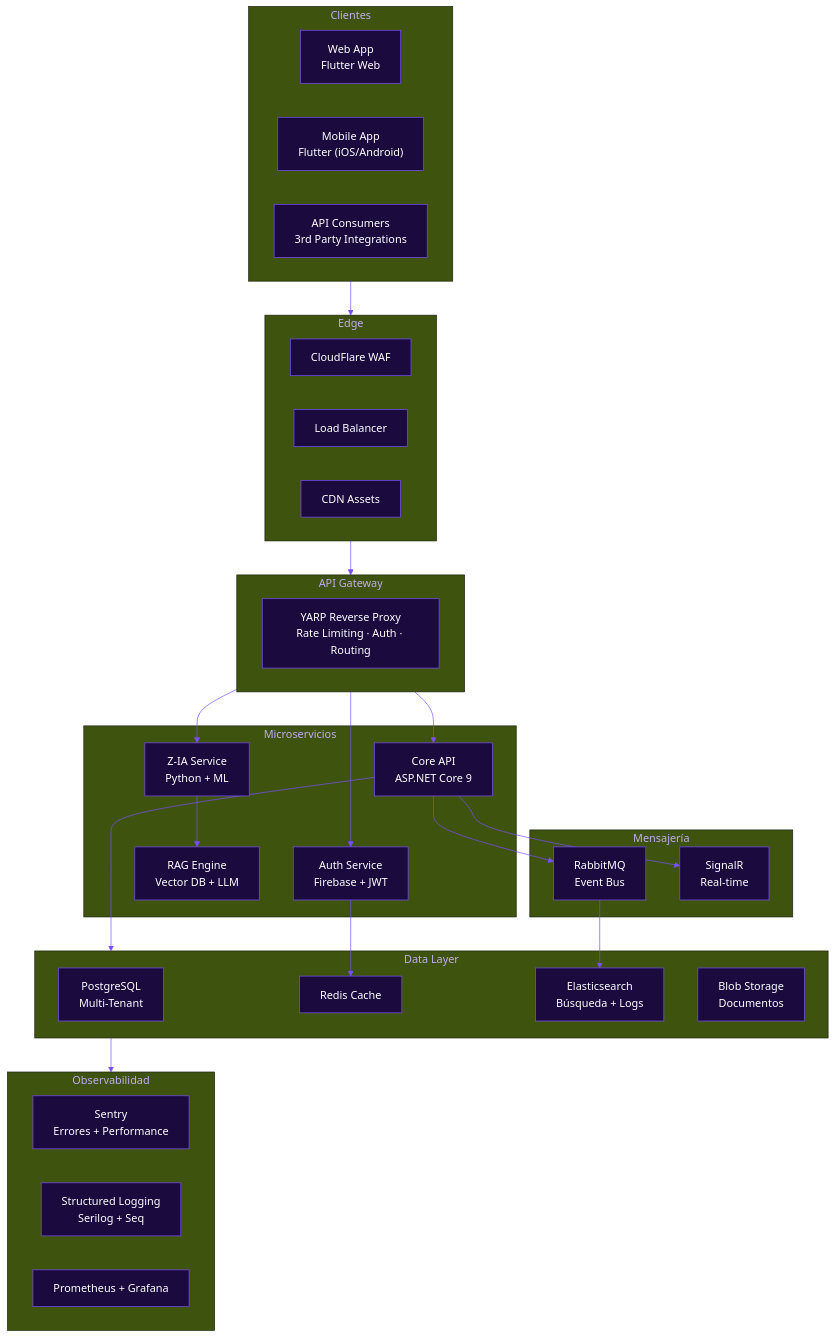
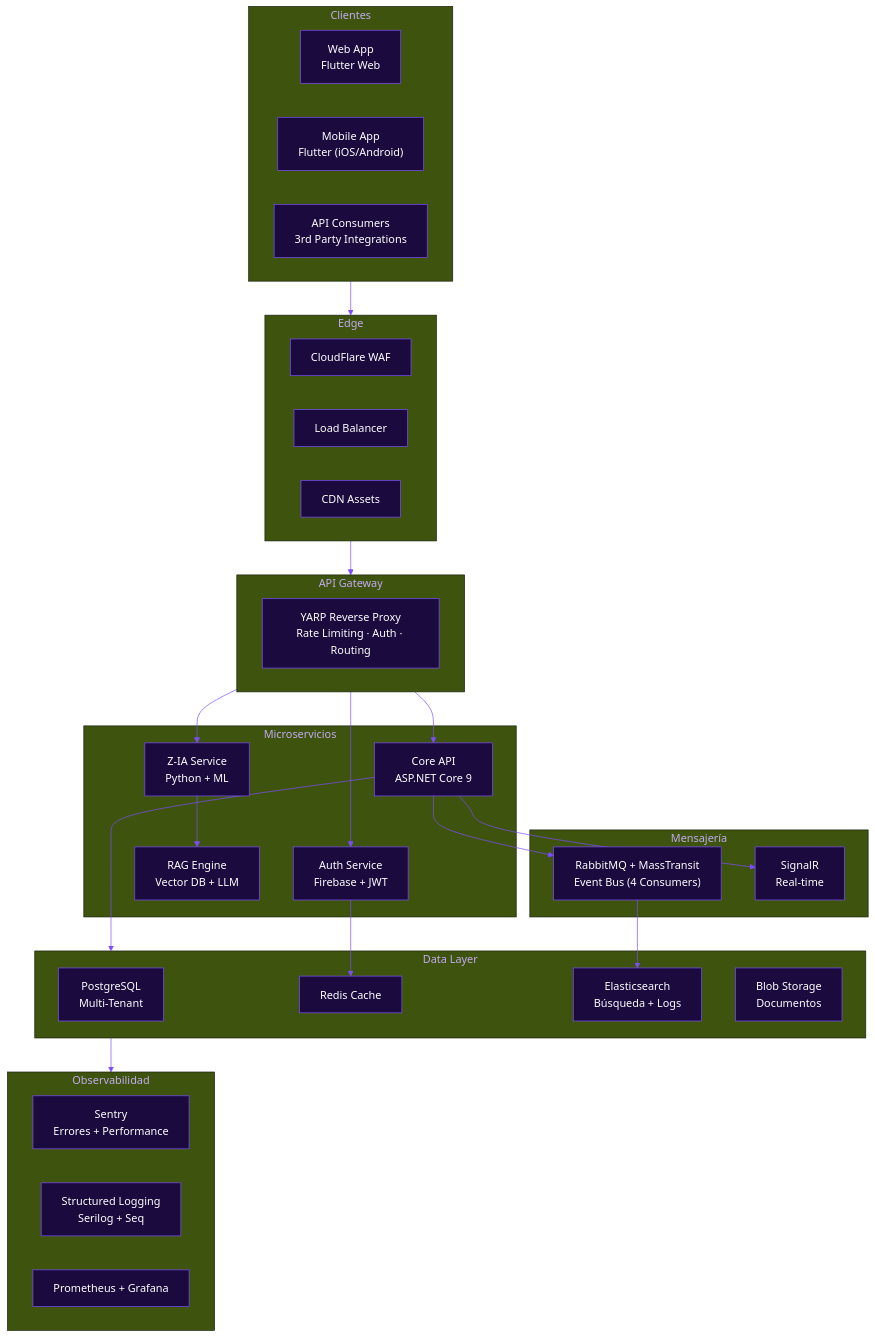
Before and after one commit to AllSystem23/zorvian: the third of 3 diagrams in docs/PRESENTACION_EJECUTIVA.md, drawn with Mermaid. The commit also changed other lines of this file and 52 other files, not shown here.

````diff
--- a/docs/PRESENTACION_EJECUTIVA.md
+++ b/docs/PRESENTACION_EJECUTIVA.md
@@ -208,58 +208,58 @@
 ```mermaid
 %%{init: {'theme': 'base', 'themeVariables': { 'primaryColor': '#1A0A3E', 'primaryTextColor': '#fff', 'primaryBorderColor': '#7C4DFF', 'lineColor': '#7C4DFF'}}}%%
 
 graph TB
     subgraph Client["Clientes"]
         WEB["Web App<br/>Flutter Web"]
         MOBILE["Mobile App<br/>Flutter (iOS/Android)"]
         API_C["API Consumers<br/>3rd Party Integrations"]
     end
 
     subgraph Edge["Edge"]
         WAF["CloudFlare WAF"]
         LB["Load Balancer"]
         CDN["CDN Assets"]
     end
 
     subgraph Gateway["API Gateway"]
         YARP["YARP Reverse Proxy<br/>Rate Limiting · Auth · Routing"]
     end
 
     subgraph Services["Microservicios"]
         AUTH["Auth Service<br/>Firebase + JWT"]
         CORE["Core API<br/>ASP.NET Core 9"]
         IA["Z-IA Service<br/>Python + ML"]
         RAG["RAG Engine<br/>Vector DB + LLM"]
     end
 
     subgraph Async["Mensajería"]
-        RMQ["RabbitMQ<br/>Event Bus"]
+        RMQ["RabbitMQ + MassTransit<br/>Event Bus (4 Consumers)"]
         SIGNALR["SignalR<br/>Real-time"]
     end
 
     subgraph Data["Data Layer"]
         PG["PostgreSQL<br/>Multi-Tenant"]
         CACHE["Redis Cache"]
         ES["Elasticsearch<br/>Búsqueda + Logs"]
         BLOB["Blob Storage<br/>Documentos"]
     end
 
     subgraph Observability["Observabilidad"]
         SENTRY["Sentry<br/>Errores + Performance"]
         LOGS["Structured Logging<br/>Serilog + Seq"]
         METRICS["Prometheus + Grafana"]
     end
 
     Client --> Edge
     Edge --> Gateway
     Gateway --> AUTH
     Gateway --> CORE
     Gateway --> IA
     CORE --> RMQ
     IA --> RAG
     CORE --> SIGNALR
     CORE --> Data
     AUTH --> CACHE
     RMQ --> ES
     Data --> Observability
 ```
````
